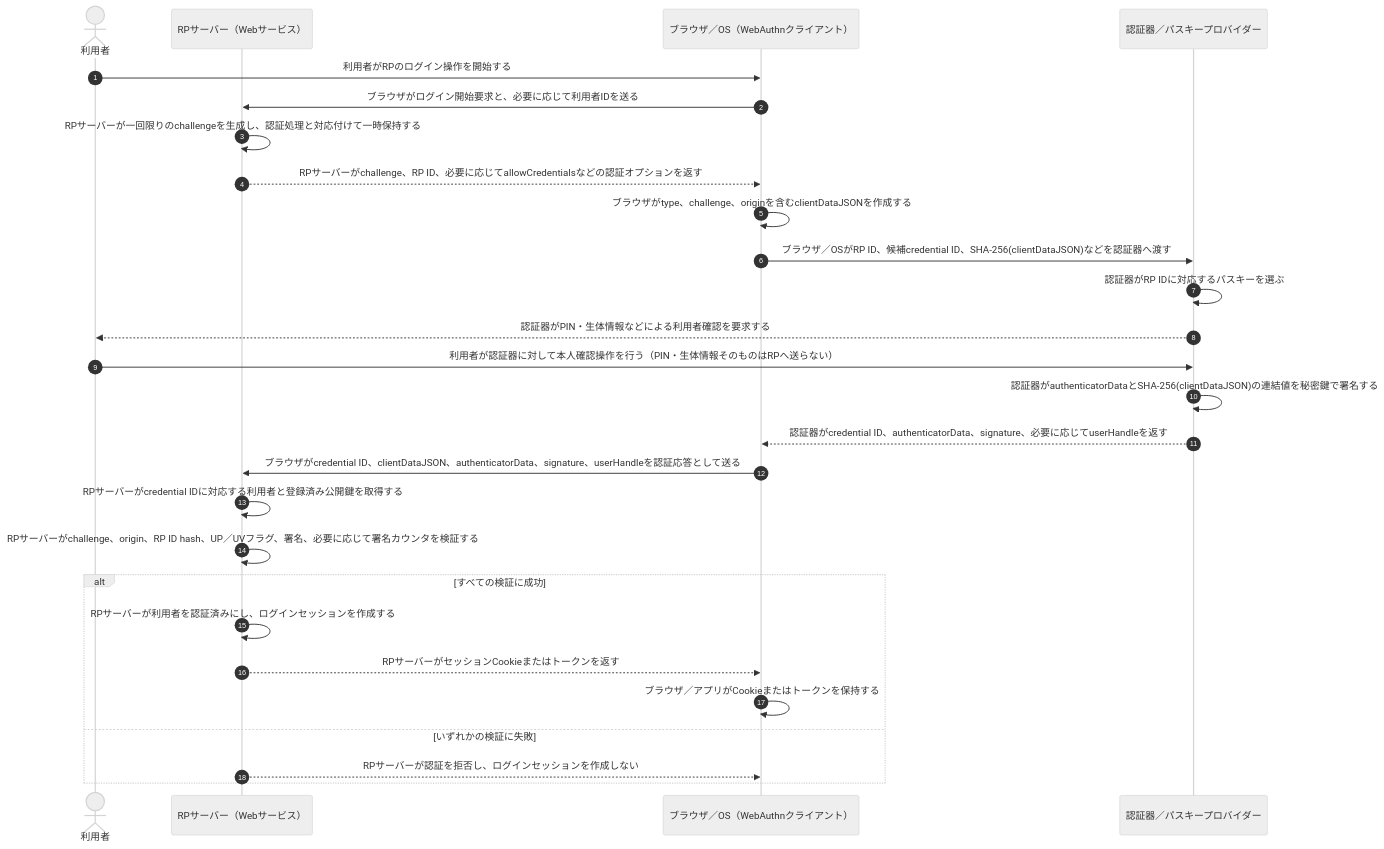
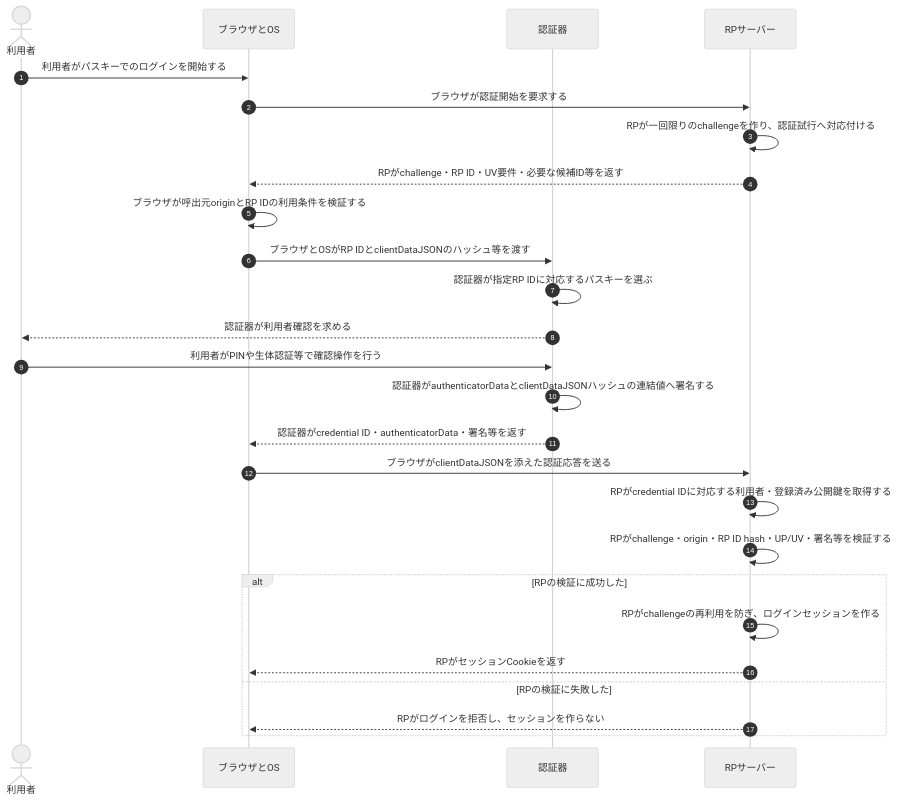
One commit to ryusuke2003/security-specialist-study changed the second of 3 diagrams in 復習用/流れ図/WebAuthnとパスキー認証.md. Above: the diagram before and after it, drawn with Mermaid (neutral theme). The commit also changed other lines of this file and 26 other files, not shown here.

Commit message:
流れ図全23資料の主体と処理段階を明確化し構造検査を追加

````diff
--- a/復習用/流れ図/WebAuthnとパスキー認証.md
+++ b/復習用/流れ図/WebAuthnとパスキー認証.md
@@ -44,30 +54,29 @@
 ```mermaid
 sequenceDiagram
     autonumber
-    actor User as 利用者
-    participant RP as RPサーバー（Webサービス）
-    participant Client as ブラウザ／OS（WebAuthnクライアント）
-    participant Auth as 認証器／パスキープロバイダー
+    actor U as 利用者
+    participant B as ブラウザとOS
+    participant A as 認証器
+    participant R as RPサーバー
 
-    User->>Client: 利用者がRPのログイン操作を開始する
-    Client->>RP: ブラウザがログイン開始要求と、必要に応じて利用者IDを送る
-    RP->>RP: RPサーバーが一回限りのchallengeを生成し、認証処理と対応付けて一時保持する
-    RP-->>Client: RPサーバーがchallenge、RP ID、必要に応じてallowCredentialsなどの認証オプションを返す
-    Client->>Client: ブラウザがtype、challenge、originを含むclientDataJSONを作成する
-    Client->>Auth: ブラウザ／OSがRP ID、候補credential ID、SHA-256(clientDataJSON)などを認証器へ渡す
-    Auth->>Auth: 認証器がRP IDに対応するパスキーを選ぶ
-    Auth-->>User: 認証器がPIN・生体情報などによる利用者確認を要求する
-    User->>Auth: 利用者が認証器に対して本人確認操作を行う（PIN・生体情報そのものはRPへ送らない）
-    Auth->>Auth: 認証器がauthenticatorDataとSHA-256(clientDataJSON)の連結値を秘密鍵で署名する
-    Auth-->>Client: 認証器がcredential ID、authenticatorData、signature、必要に応じてuserHandleを返す
-    Client->>RP: ブラウザがcredential ID、clientDataJSON、authenticatorData、signature、userHandleを認証応答として送る
-    RP->>RP: RPサーバーがcredential IDに対応する利用者と登録済み公開鍵を取得する
-    RP->>RP: RPサーバーがchallenge、origin、RP ID hash、UP／UVフラグ、署名、必要に応じて署名カウンタを検証する
-    alt すべての検証に成功
-        RP->>RP: RPサーバーが利用者を認証済みにし、ログインセッションを作成する
-        RP-->>Client: RPサーバーがセッションCookieまたはトークンを返す
-        Client->>Client: ブラウザ／アプリがCookieまたはトークンを保持する
-    else いずれかの検証に失敗
-        RP-->>Client: RPサーバーが認証を拒否し、ログインセッションを作成しない
+    U->>B: 利用者がパスキーでのログインを開始する
+    B->>R: ブラウザが認証開始を要求する
+    R->>R: RPが一回限りのchallengeを作り、認証試行へ対応付ける
+    R-->>B: RPがchallenge・RP ID・UV要件・必要な候補ID等を返す
+    B->>B: ブラウザが呼出元originとRP IDの利用条件を検証する
+    B->>A: ブラウザとOSがRP IDとclientDataJSONのハッシュ等を渡す
+    A->>A: 認証器が指定RP IDに対応するパスキーを選ぶ
+    A-->>U: 認証器が利用者確認を求める
+    U->>A: 利用者がPINや生体認証等で確認操作を行う
+    A->>A: 認証器がauthenticatorDataとclientDataJSONハッシュの連結値へ署名する
+    A-->>B: 認証器がcredential ID・authenticatorData・署名等を返す
+    B->>R: ブラウザがclientDataJSONを添えた認証応答を送る
+    R->>R: RPがcredential IDに対応する利用者・登録済み公開鍵を取得する
+    R->>R: RPがchallenge・origin・RP ID hash・UP/UV・署名等を検証する
+    alt RPの検証に成功した
+        R->>R: RPがchallengeの再利用を防ぎ、ログインセッションを作る
+        R-->>B: RPがセッションCookieを返す
+    else RPの検証に失敗した
+        R-->>B: RPがログインを拒否し、セッションを作らない
     end
 ```
````
